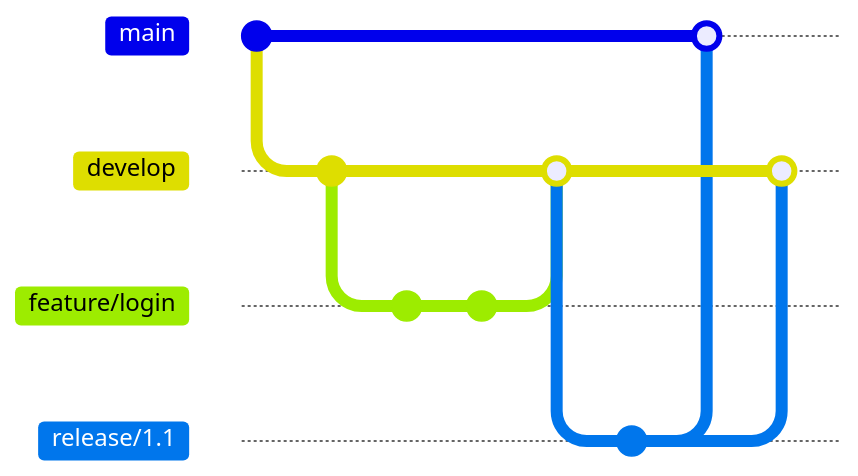
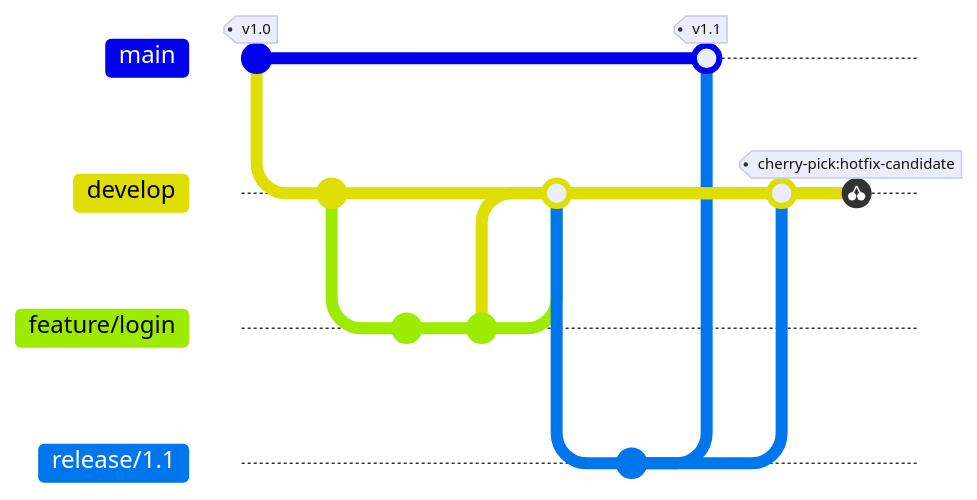
One commit to daidaiiro-519/has-udd changed the ninth of 10 diagrams in .claude/skills/mermaid-guide/references/pattern-git.md. Above: the diagram before and after it, drawn with Mermaid. The commit also changed other lines of this file and 26 other files, not shown here. Commit ids are hidden.

````diff
--- a/.claude/skills/mermaid-guide/references/pattern-git.md
+++ b/.claude/skills/mermaid-guide/references/pattern-git.md
@@ -71,20 +210,21 @@
 ```mermaid
 gitGraph
-    commit id: "v1.0"
+    commit id: "v1.0" tag: "v1.0"
     branch develop
     checkout develop
     commit
     branch feature/login
     checkout feature/login
     commit
-    commit
+    commit id: "hotfix-candidate"
     checkout develop
     merge feature/login
     branch release/1.1
     checkout release/1.1
     commit id: "bump version"
     checkout main
-    merge release/1.1 id: "v1.1"
+    merge release/1.1 id: "v1.1" tag: "v1.1"
     checkout develop
     merge release/1.1
+    cherry-pick id: "hotfix-candidate"
 ```
````
